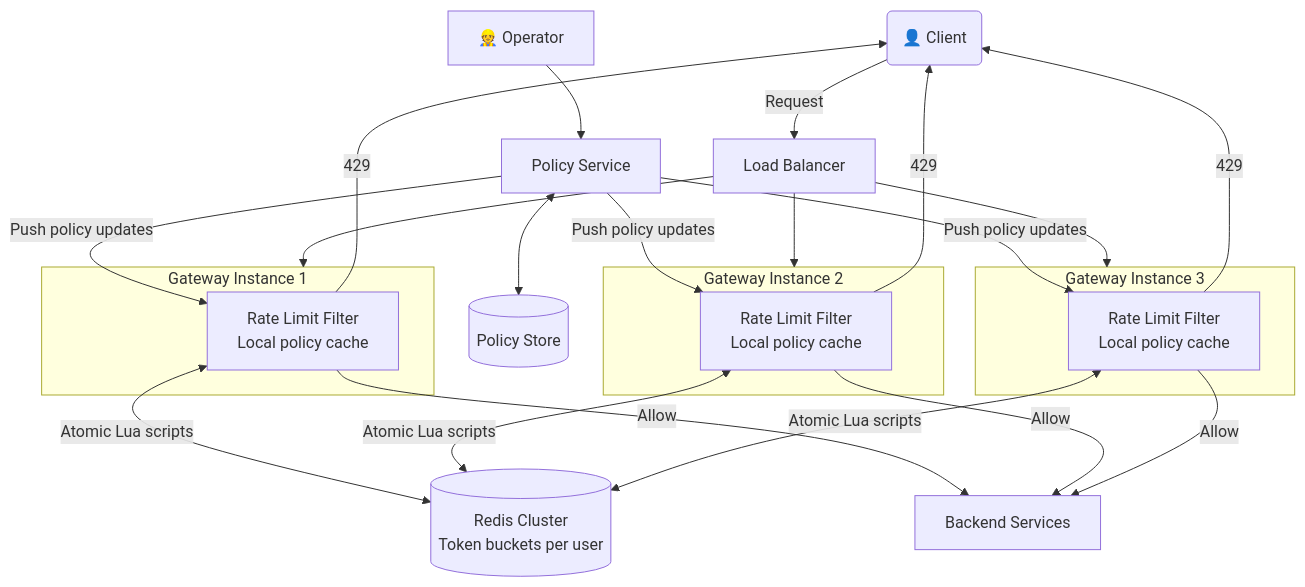
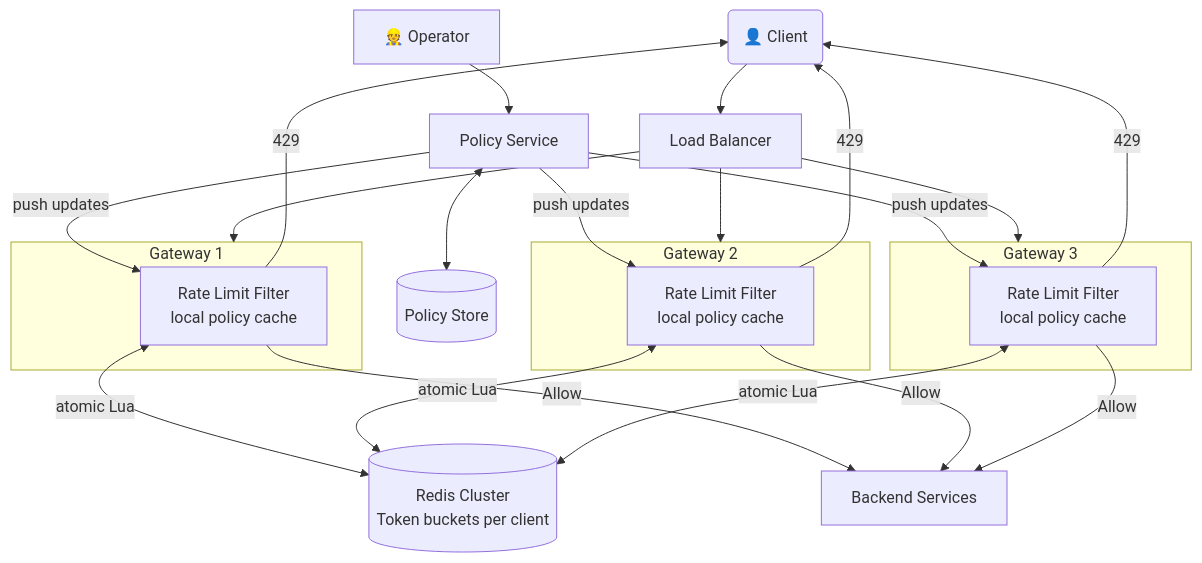
One commit to gajwala/DSA-Topic-wise changed the sixth of 6 diagrams in SYSTEM_DESIGN/Rate Limiter.md. Above: the diagram before and after it, drawn with Mermaid. The commit also changed other lines of this file, not shown here.

Commit message:
Update Rate Limiter.md

````diff
--- a/SYSTEM_DESIGN/Rate Limiter.md
+++ b/SYSTEM_DESIGN/Rate Limiter.md
@@ -293,27 +186,20 @@
 ```mermaid
 flowchart TD
-    C(👤 Client) -->|Request| LB[Load Balancer]
-
-    LB --> GW1
-    LB --> GW2
-    LB --> GW3
-
-    subgraph GW1 [Gateway Instance 1]
-        F1[Rate Limit Filter\nLocal policy cache]
+    C(👤 Client) --> LB[Load Balancer]
+    LB --> GW1 & GW2 & GW3
+    subgraph GW1 [Gateway 1]
+        F1[Rate Limit Filter\nlocal policy cache]
     end
-    subgraph GW2 [Gateway Instance 2]
-        F2[Rate Limit Filter\nLocal policy cache]
+    subgraph GW2 [Gateway 2]
+        F2[Rate Limit Filter\nlocal policy cache]
     end
-    subgraph GW3 [Gateway Instance 3]
-        F3[Rate Limit Filter\nLocal policy cache]
+    subgraph GW3 [Gateway 3]
+        F3[Rate Limit Filter\nlocal policy cache]
     end
-
-    F1 & F2 & F3 <-->|Atomic Lua scripts| REDIS[(Redis Cluster\nToken buckets per user)]
-
+    F1 & F2 & F3 <-->|atomic Lua| REDIS[(Redis Cluster\nToken buckets per client)]
     F1 & F2 & F3 -->|Allow| BE[Backend Services]
     F1 & F2 & F3 -->|429| C
-
-    PS[Policy Service] -->|Push policy updates| F1 & F2 & F3
-    PS <--> DB[(Policy Store)]
+    PS[Policy Service] -->|push updates| F1 & F2 & F3
+    PS <--> PDB[(Policy Store)]
     OPS[👷 Operator] --> PS
 ```
````
